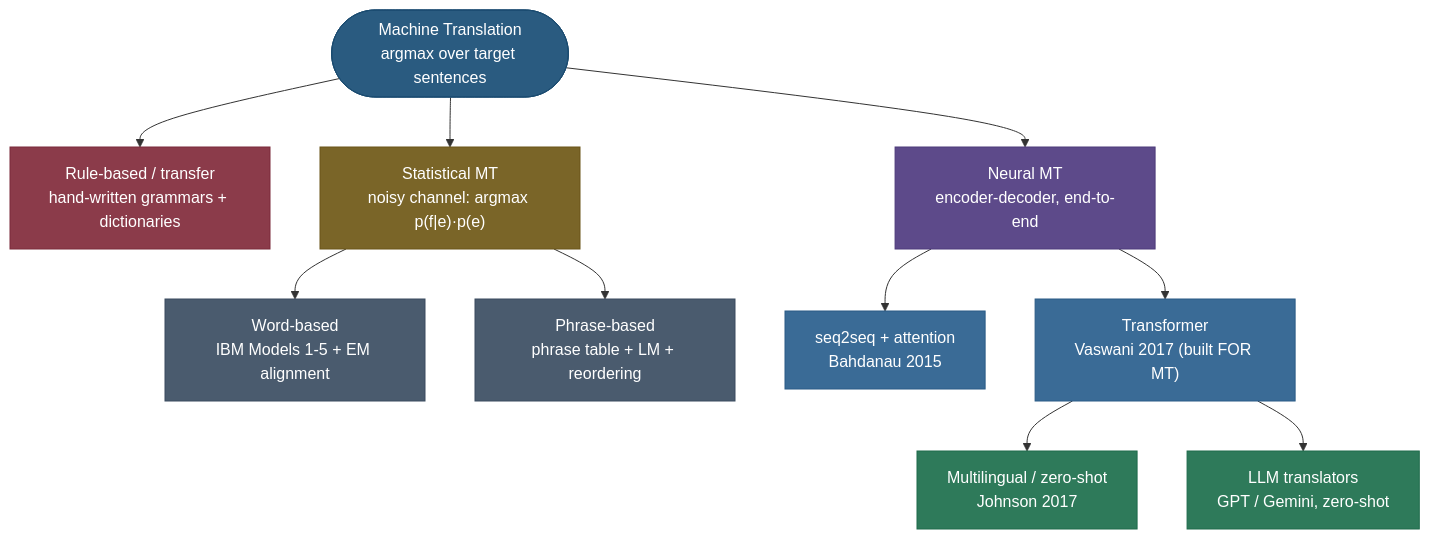
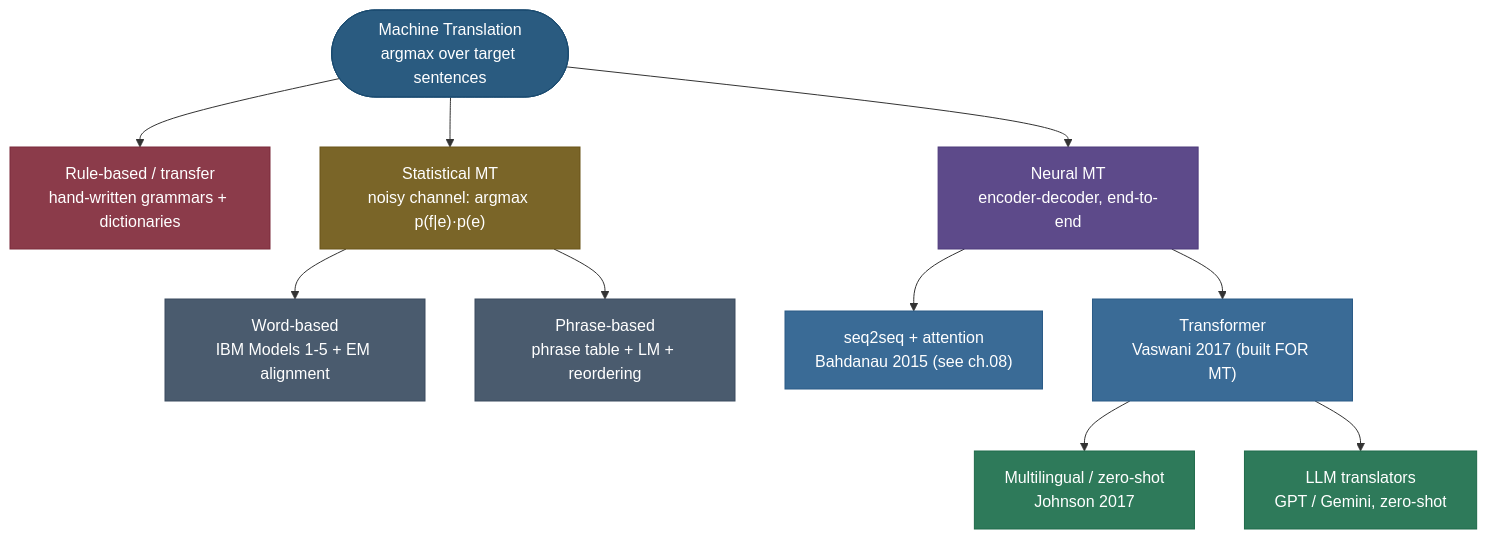
One commit to sudhir13s/AI-ML-learning-resources changed the first of 2 diagrams in 06. NLP/12-Machine-Translation/12-Machine-Translation.md. Above: the diagram before and after it, drawn with Mermaid. The commit also changed other lines of this file and 12 other files, not shown here.

````diff
--- a/06. NLP/12-Machine-Translation/12-Machine-Translation.md
+++ b/06. NLP/12-Machine-Translation/12-Machine-Translation.md
@@ -46,21 +50,21 @@
 ```mermaid
 graph TD
     MT(["Machine Translation<br/>argmax over target sentences"]):::root
     MT --> RULE["Rule-based / transfer<br/>hand-written grammars + dictionaries"]:::danger
     MT --> SMT["Statistical MT<br/>noisy channel: argmax p(f|e)·p(e)"]:::amber
     MT --> NMT["Neural MT<br/>encoder-decoder, end-to-end"]:::process
     SMT --> WORD["Word-based<br/>IBM Models 1-5 + EM alignment"]:::slate
     SMT --> PHRASE["Phrase-based<br/>phrase table + LM + reordering"]:::slate
-    NMT --> RNN["seq2seq + attention<br/>Bahdanau 2015"]:::blue
+    NMT --> RNN["seq2seq + attention<br/>Bahdanau 2015 (see ch.08)"]:::blue
     NMT --> TRF["Transformer<br/>Vaswani 2017 (built FOR MT)"]:::blue
     TRF --> MULTI["Multilingual / zero-shot<br/>Johnson 2017"]:::out
     TRF --> LLM["LLM translators<br/>GPT / Gemini, zero-shot"]:::out
 
     classDef root fill:#2A5B80,stroke:#1A4B70,color:#fff
     classDef danger fill:#8B3B4A,stroke:#7B2B3A,color:#fff
     classDef amber fill:#7A6528,stroke:#6A5518,color:#fff
     classDef process fill:#5D4A8A,stroke:#4D3A7A,color:#fff
     classDef slate fill:#4A5B6E,stroke:#3A4B5E,color:#fff
     classDef blue fill:#3A6B96,stroke:#2A5B86,color:#fff
     classDef out fill:#2E7A5A,stroke:#1E6A4A,color:#fff
 ```
````
